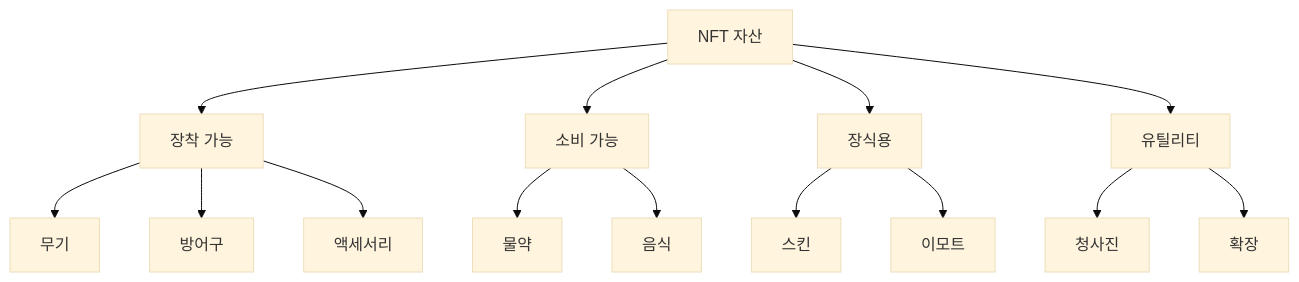
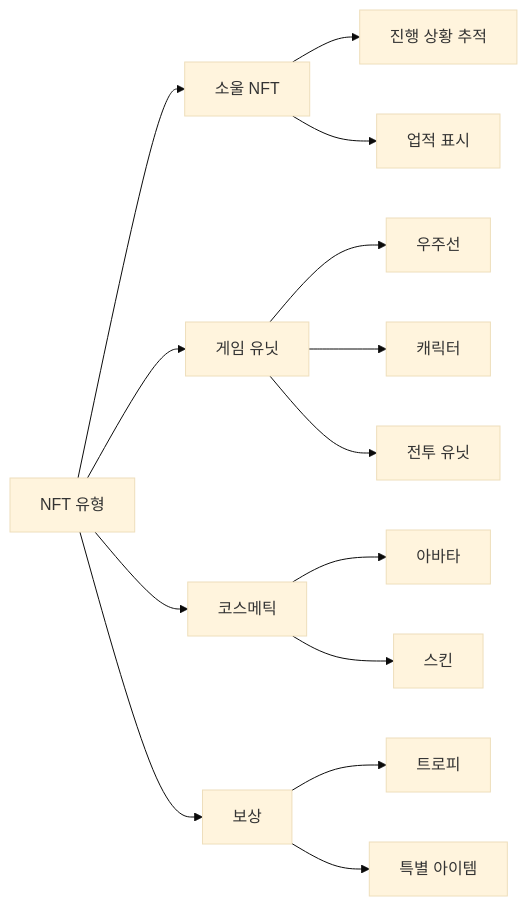
One commit to cosmicrafts/cosmicrafts-dao changed the first of 2 diagrams in src/frontend/src/assets/markdown/ko/core-features.md. Above: the diagram before and after it, drawn with Mermaid (base theme). The commit also changed other lines of this file and 12 other files, not shown here.

````diff
--- a/src/frontend/src/assets/markdown/ko/core-features.md
+++ b/src/frontend/src/assets/markdown/ko/core-features.md
@@ -59,16 +45,20 @@
 ```mermaid
-graph TD
-    A[NFT 자산] --> B[장착 가능]
-    A --> C[소비 가능]
-    A --> D[장식용]
-    A --> E[유틸리티]
-    B --> F[무기]
-    B --> G[방어구]
-    B --> H[액세서리]
-    C --> I[물약]
-    C --> J[음식]
-    D --> K[스킨]
-    D --> L[이모트]
-    E --> M[청사진]
-    E --> N[확장]
+graph LR
+    A[NFT 유형] --> B[소울 NFT]
+    A --> C[게임 유닛]
+    A --> D[코스메틱]
+    A --> E[보상]
+    
+    B --> B1[진행 상황 추적]
+    B --> B2[업적 표시]
+    
+    C --> C1[우주선]
+    C --> C2[캐릭터]
+    C --> C3[전투 유닛]
+    
+    D --> D1[아바타]
+    D --> D2[스킨]
+    
+    E --> E1[트로피]
+    E --> E2[특별 아이템]
 ```
````
